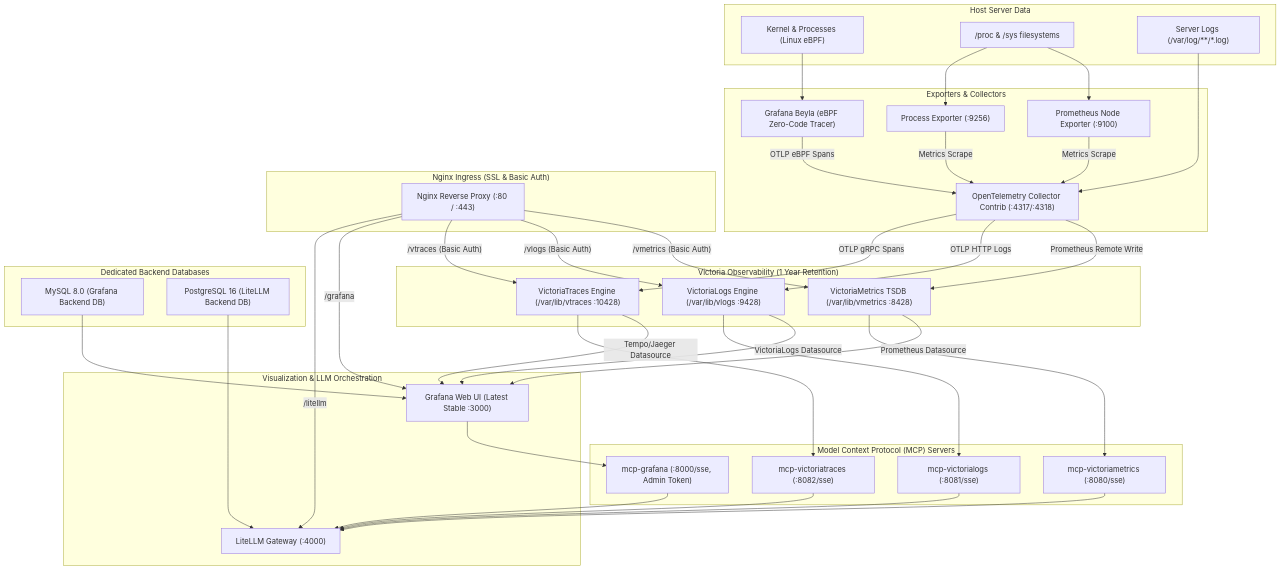
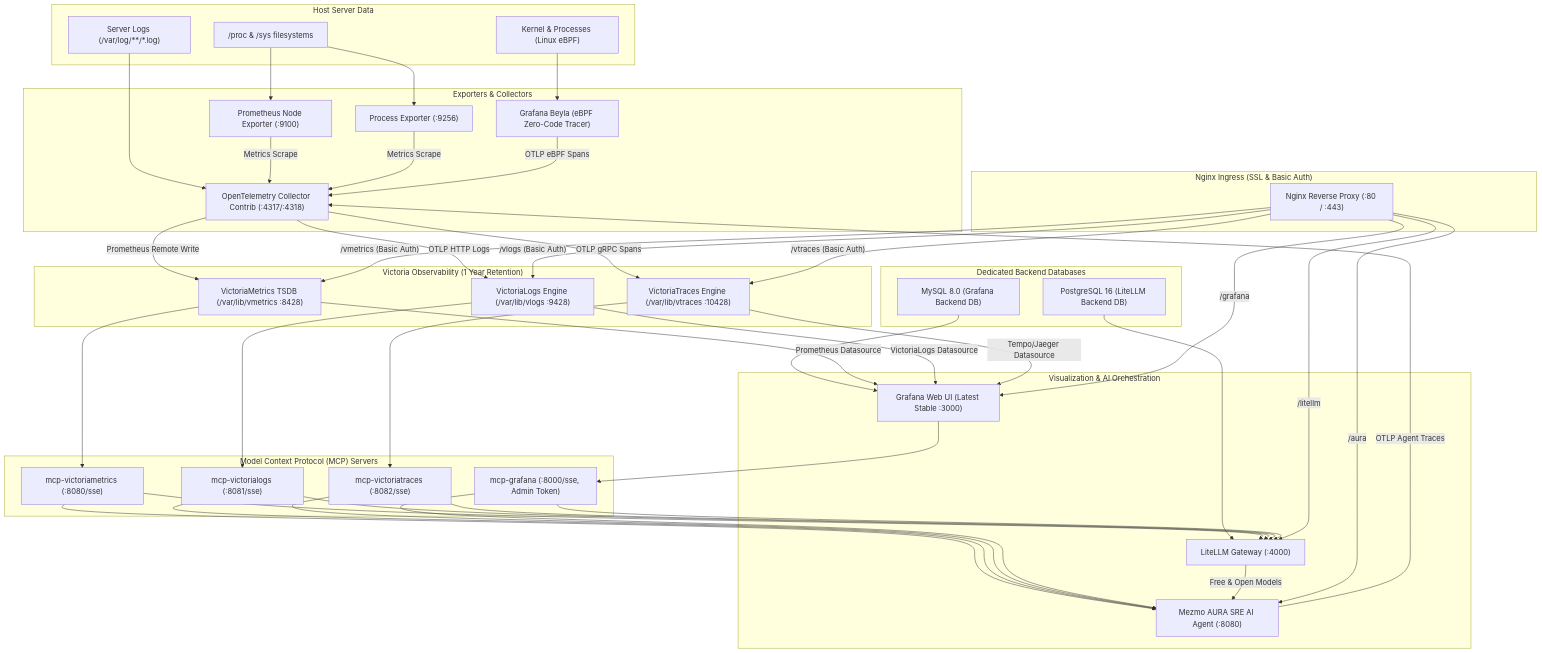
Before and after one commit to dirtyren/o11ystack: the diagram in README.md, drawn with Mermaid. The commit also changed other lines of this file and 6 other files, not shown here.

Commit message:
Integrate Mezmo AURA SRE AI Agent with LiteLLM free models and MCP servers

````diff
--- a/README.md
+++ b/README.md
@@ -56,9 +59,10 @@
         Postgres["PostgreSQL 16 (LiteLLM Backend DB)"]
     end
 
-    subgraph UserAndAI["Visualization & LLM Orchestration"]
+    subgraph UserAndAI["Visualization & AI Orchestration"]
         Grafana["Grafana Web UI (Latest Stable :3000)"]
         LiteLLM["LiteLLM Gateway (:4000)"]
+        AURA["Mezmo AURA SRE AI Agent (:8080)"]
     end
 
     subgraph MCPLayer["Model Context Protocol (MCP) Servers"]
@@ -81,6 +85,7 @@
     NodeExp -->|"Metrics Scrape"| OTelCol
     ProcExp -->|"Metrics Scrape"| OTelCol
     Beyla -->|"OTLP eBPF Spans"| OTelCol
+    AURA -->|"OTLP Agent Traces"| OTelCol
 
     OTelCol -->|"Prometheus Remote Write"| VMetrics
     OTelCol -->|"OTLP HTTP Logs"| VLogs
@@ -101,11 +106,18 @@
     VTraces --> MCP_VT
     Grafana --> MCP_GF
 
-    %% LiteLLM consuming MCP
+    %% MCP tool execution into AURA & LiteLLM
+    MCP_VM --> AURA
+    MCP_VL --> AURA
+    MCP_VT --> AURA
+    MCP_GF --> AURA
     MCP_VM --> LiteLLM
     MCP_VL --> LiteLLM
     MCP_VT --> LiteLLM
     MCP_GF --> LiteLLM
+
+    %% LLM routing
+    LiteLLM -->|"Free & Open Models"| AURA
 
     %% Ingress access
     Nginx -->|"/vmetrics (Basic Auth)"| VMetrics
@@ -113,4 +125,5 @@
     Nginx -->|"/vtraces (Basic Auth)"| VTraces
     Nginx -->|"/grafana"| Grafana
     Nginx -->|"/litellm"| LiteLLM
+    Nginx -->|"/aura"| AURA
 ```
````
